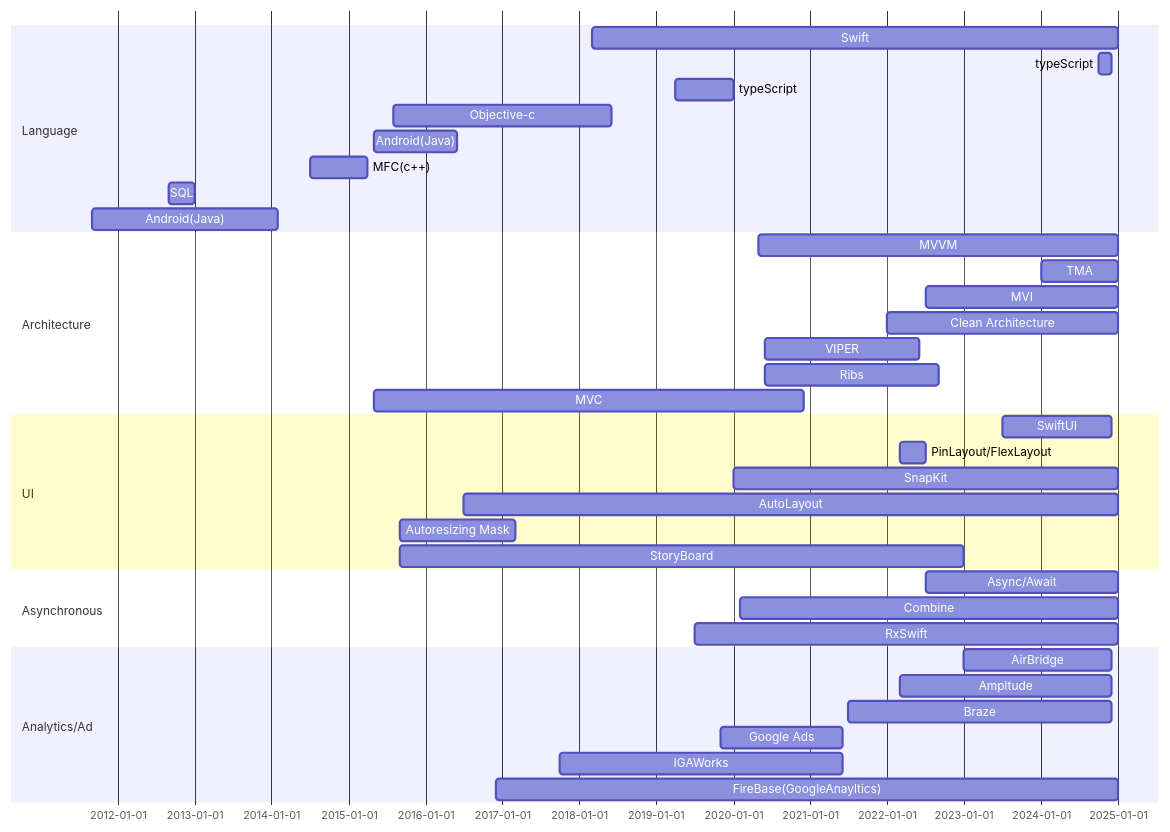
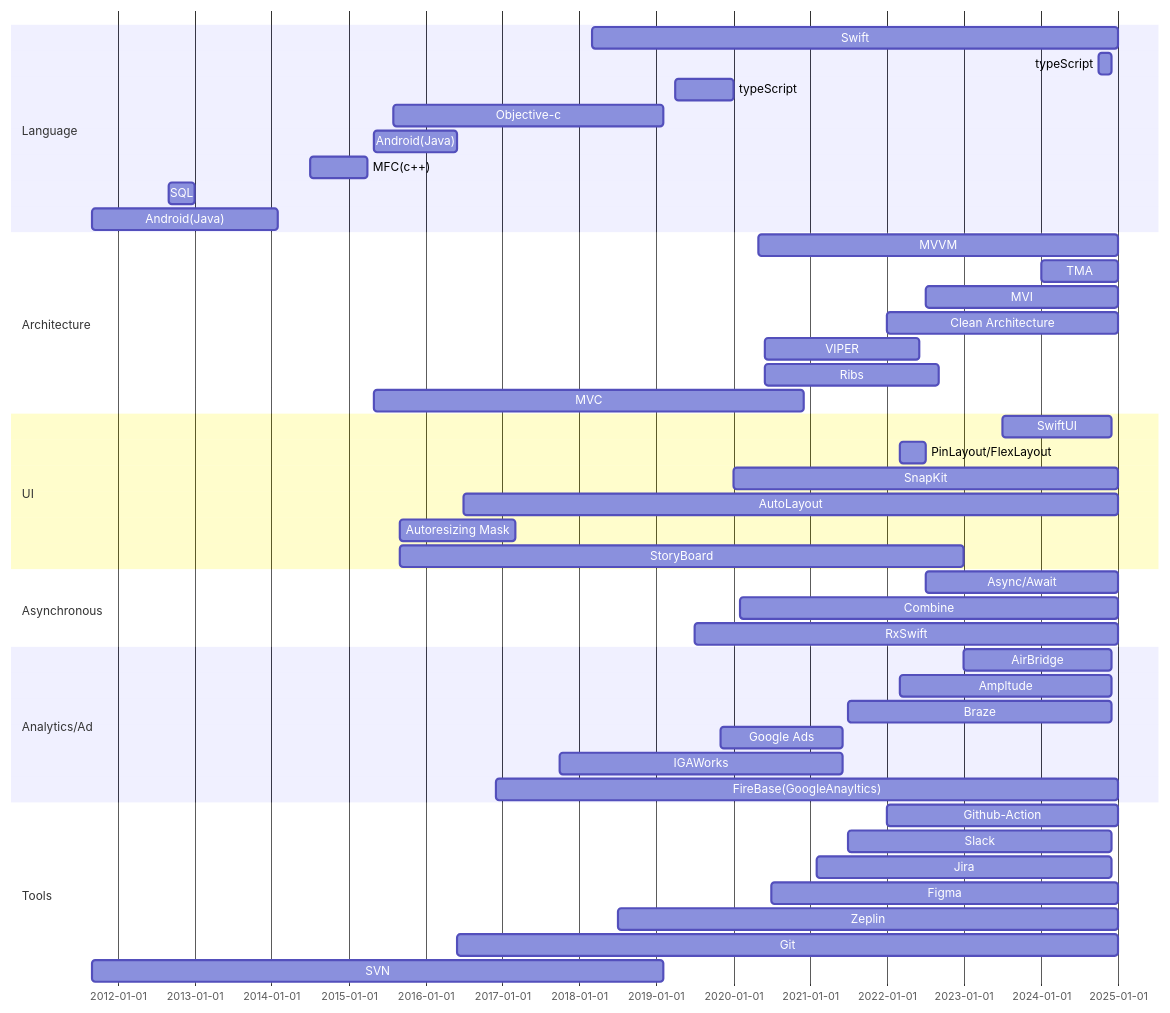
The first of 3 diagrams in PORTFOLIO.md (talq44/resume_portfolio), drawn with Mermaid before and after one commit. The commit also changed other lines of this file, not shown here.

````diff
--- a/PORTFOLIO.md
+++ b/PORTFOLIO.md
@@ -4,43 +4,52 @@
 ``` mermaid
 gantt
   dateFormat  YYYY-MM
   section Language
   Swift :i3, 2018-03, 2025-01
   typeScript :a1, 2024-10, 2024-12
   typeScript :a1, 2019-04, 2020-01
-  Objective-c :l5, 2015-08, 2018-06
+  Objective-c :l5, 2015-08, 2019-02
   Android(Java) :l4, 2015-05, 2016-06
   MFC(c++) :l3, 2014-07, 2015-04
   SQL :l2, 2012-09, 2013-01
   Android(Java) :l1, 2011-09, 2014-02
 
   section Architecture
   MVVM :a1, 2020-05, 2025-01
   TMA: a5, 2024-01, 2025-01
   MVI :a2, 2022-07, 2025-01
   Clean Architecture :a1, 2022-01, 2025-01
   VIPER: a4, 2020-06, 2022-06
   Ribs: a4, 2020-06, 2022-09
   MVC : a3, 2015-05, 2020-12
 
   section UI
   SwiftUI : c1, 2023-07, 2024-12
   PinLayout/FlexLayout : u3, 2022-03, 2022-07
   SnapKit : c3, 2020-01, 2025-01
   AutoLayout : c2, 2016-07, 2025-01
   Autoresizing Mask : u2, 2015-09, 2017-03
   StoryBoard : u1, 2015-09, 2023-01
 
   section Asynchronous
   Async/Await: r3, 2022-07, 2025-01
   Combine: r2, 2020-02, 2025-01
   RxSwift: r1, 2019-07, 2025-01
 
   section Analytics/Ad
   AirBridge : s3, 2023-01, 2024-12
   Ampltude : s2, 2022-03, 2024-12
   Braze : s2, 2021-07, 2024-12
   Google Ads: aa2, 2019-11, 2021-06
   IGAWorks : aa1, 2017-10, 2021-06
   FireBase(GoogleAnayltics) : s2, 2016-12, 2025-01
+
+  section Tools
+  Github-Action: t6, 2022-01, 2025-01
+  Slack: t5, 2021-07, 2024-12
+  Jira: t4, 2021-02, 2024-12
+  Figma: t3, 2020-07, 2025-01
+  Zeplin: t2, 2018-07, 2025-01
+  Git: t1, 2016-06, 2025-01
+  SVN: t0, 2011-09, 2019-02
 ```
````
